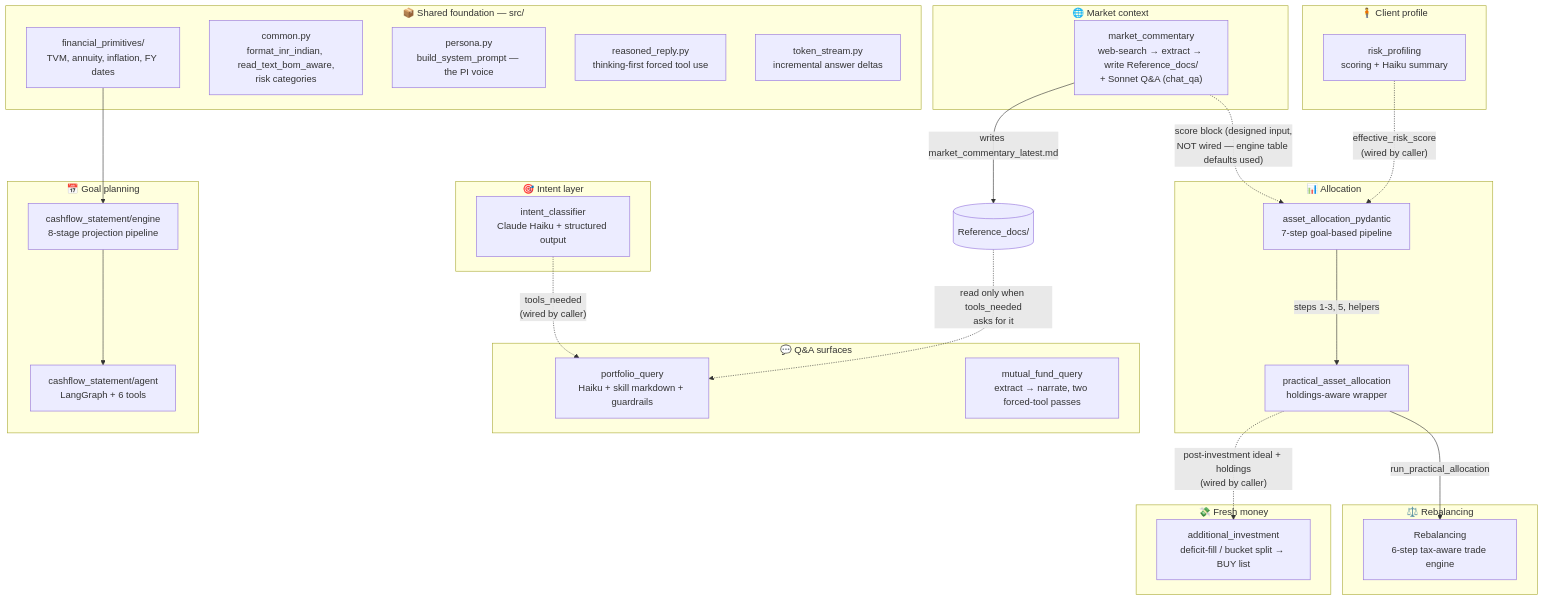
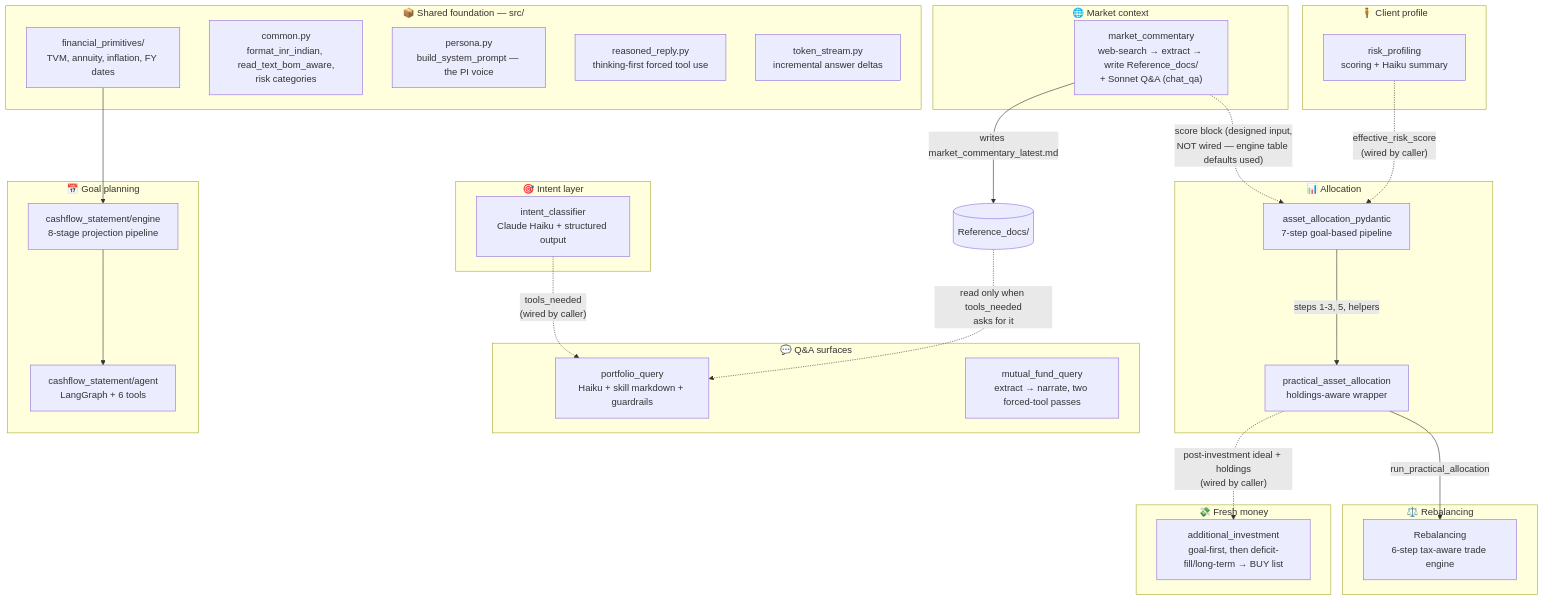
Before and after one commit to tilly5317-lab/Prozpr_Backend: the first of 3 diagrams in AI_Agents/Reference_docs/Tech_reference_docs/ARCHITECTURE.md, drawn with Mermaid. The commit also changed other lines of this file and 10 other files, not shown here.

````diff
--- a/AI_Agents/Reference_docs/Tech_reference_docs/ARCHITECTURE.md
+++ b/AI_Agents/Reference_docs/Tech_reference_docs/ARCHITECTURE.md
@@ -38,58 +38,58 @@
 ```mermaid
 flowchart TB
     subgraph Shared["📦 Shared foundation — src/"]
         FP["financial_primitives/<br/>TVM, annuity, inflation, FY dates"]
         Common["common.py<br/>format_inr_indian, read_text_bom_aware,<br/>risk categories"]
         Persona["persona.py<br/>build_system_prompt — the PI voice"]
         RR["reasoned_reply.py<br/>thinking-first forced tool use"]
         TS["token_stream.py<br/>incremental answer deltas"]
     end
 
     subgraph Intent["🎯 Intent layer"]
         IC[intent_classifier<br/>Claude Haiku + structured output]
     end
 
     subgraph Profile["🧍 Client profile"]
         RP[risk_profiling<br/>scoring + Haiku summary]
     end
 
     subgraph Macro["🌐 Market context"]
         MC["market_commentary<br/>web-search → extract → write Reference_docs/<br/>+ Sonnet Q&A (chat_qa)"]
     end
 
     subgraph Allocate["📊 Allocation"]
         AA["asset_allocation_pydantic<br/>7-step goal-based pipeline"]
         PA["practical_asset_allocation<br/>holdings-aware wrapper"]
     end
 
     subgraph Rebal["⚖️ Rebalancing"]
         RB["Rebalancing<br/>6-step tax-aware trade engine"]
     end
 
     subgraph Fresh["💸 Fresh money"]
-        AINV["additional_investment<br/>deficit-fill / bucket split → BUY list"]
+        AINV["additional_investment<br/>goal-first, then deficit-fill/long-term → BUY list"]
     end
 
     subgraph Plan["📅 Goal planning"]
         CFE["cashflow_statement/engine<br/>8-stage projection pipeline"]
         CFA["cashflow_statement/agent<br/>LangGraph + 6 tools"]
     end
 
     subgraph Query["💬 Q&A surfaces"]
         PQ["portfolio_query<br/>Haiku + skill markdown + guardrails"]
         MFQ["mutual_fund_query<br/>extract → narrate, two forced-tool passes"]
     end
 
     FP --> CFE
 
     RP -.->|"effective_risk_score<br/>(wired by caller)"| AA
     MC -.->|"score block (designed input,<br/>NOT wired — engine table defaults used)"| AA
     MC -->|"writes market_commentary_latest.md"| RefDocs[(Reference_docs/)]
     RefDocs -.->|"read only when tools_needed<br/>asks for it"| PQ
     IC -.->|"tools_needed<br/>(wired by caller)"| PQ
 
     AA -->|"steps 1-3, 5, helpers"| PA
     PA -->|"run_practical_allocation"| RB
     PA -.->|"post-investment ideal + holdings<br/>(wired by caller)"| AINV
     CFE --> CFA
 ```
````
